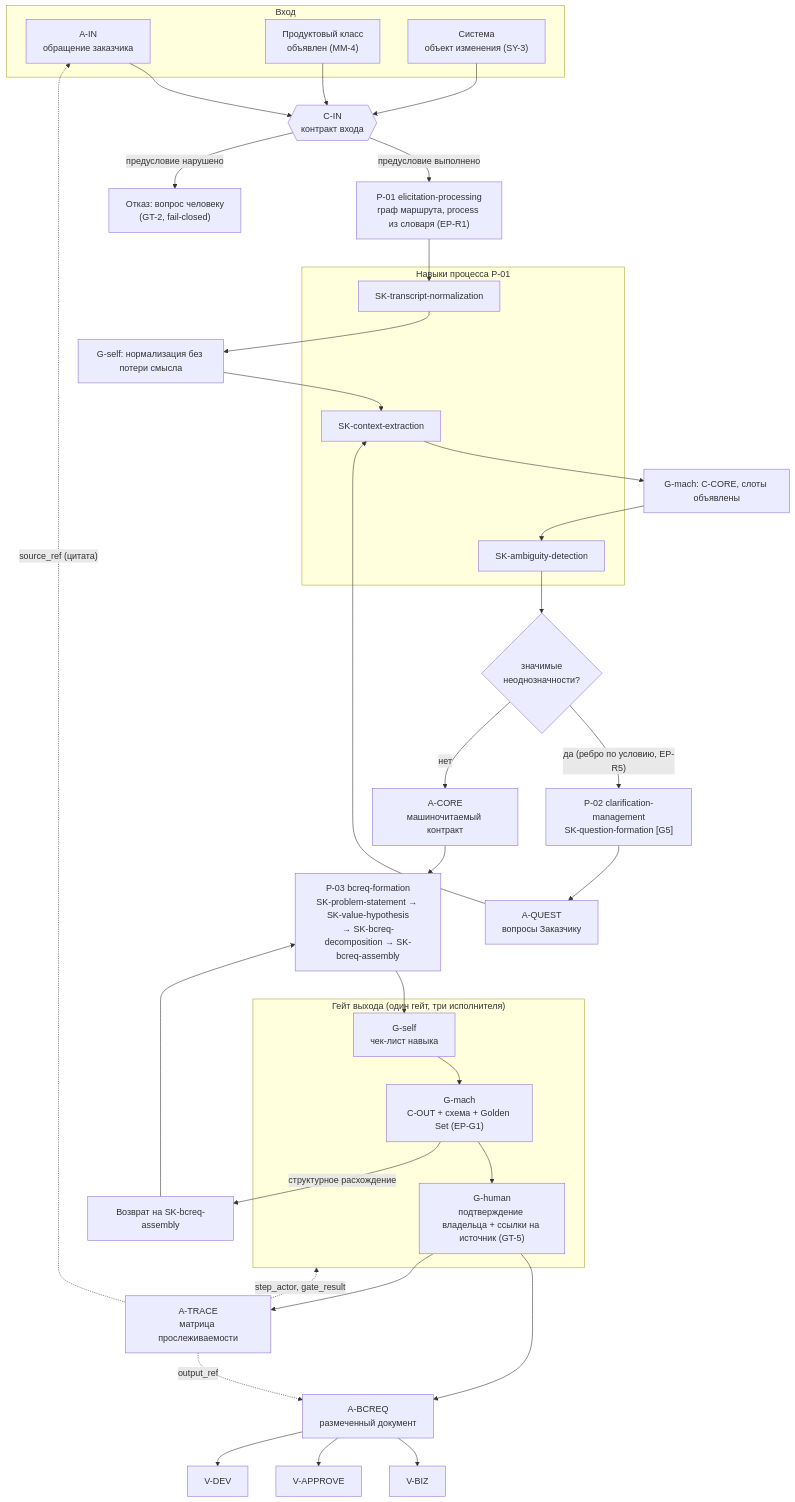
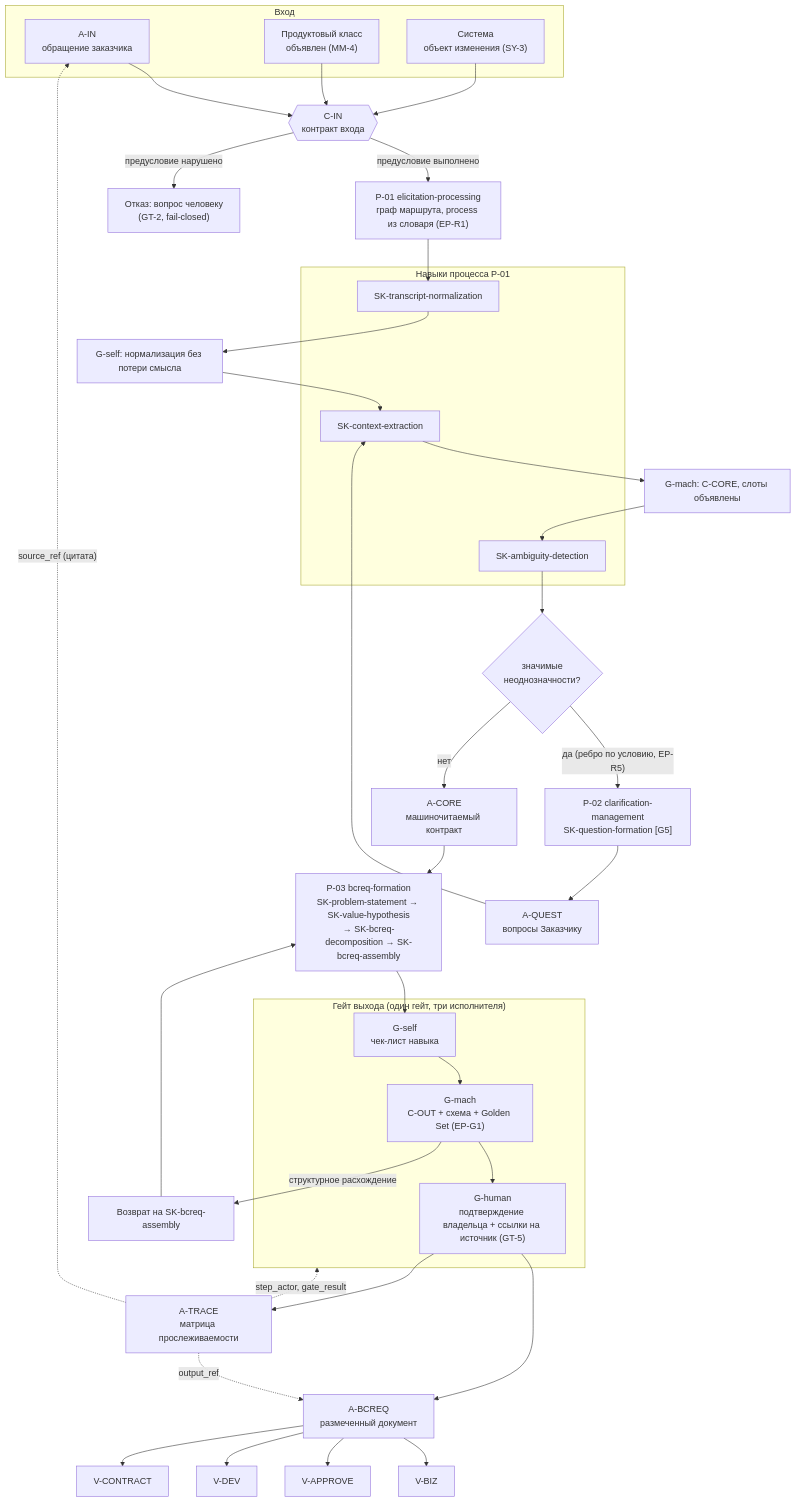
The diagram in projects/ba-gigacode-implementation/ba-meta-model/40-practice-and-cases.md (G-Ivan-A/hybrid-Intelligence-lab), drawn with Mermaid before and after one commit. The commit also changed other lines of this file and 4 other files, not shown here.

````diff
--- a/projects/ba-gigacode-implementation/ba-meta-model/40-practice-and-cases.md
+++ b/projects/ba-gigacode-implementation/ba-meta-model/40-practice-and-cases.md
@@ -33,58 +34,59 @@
 ```mermaid
 flowchart TD
     subgraph IN["Вход"]
         AIN["A-IN<br/>обращение заказчика"]
         PC["Продуктовый класс<br/>объявлен (MM-4)"]
         SYS["Система<br/>объект изменения (SY-3)"]
     end
 
     CIN{{"C-IN<br/>контракт входа"}}
     AIN --> CIN
     PC --> CIN
     SYS --> CIN
 
     CIN -->|"предусловие выполнено"| P["P-01 elicitation-processing<br/>граф маршрута, process из словаря (EP-R1)"]
     CIN -->|"предусловие нарушено"| STOP["Отказ: вопрос человеку<br/>(GT-2, fail-closed)"]
 
     subgraph SKA["Навыки процесса P-01"]
         S1["SK-transcript-normalization"]
         S2["SK-context-extraction"]
         S3["SK-ambiguity-detection"]
     end
 
     P --> S1 --> G1 --> S2 --> G2 --> S3 --> G3
 
     G1["G-self: нормализация без потери смысла"]
     G2["G-mach: C-CORE, слоты объявлены"]
     G3{"значимые<br/>неоднозначности?"}
 
     G3 -->|"да (ребро по условию, EP-R5)"| Q["P-02 clarification-management<br/>SK-question-formation [G5]"]
     Q --> AQ["A-QUEST<br/>вопросы Заказчику"]
     AQ --> S2
 
     G3 -->|"нет"| CORE["A-CORE<br/>машиночитаемый контракт"]
 
     CORE --> P3["P-03 bcreq-formation<br/>SK-problem-statement → SK-value-hypothesis<br/>→ SK-bcreq-decomposition → SK-bcreq-assembly"]
 
     subgraph GATE["Гейт выхода (один гейт, три исполнителя)"]
         GS["G-self<br/>чек-лист навыка"]
         GM["G-mach<br/>C-OUT + схема + Golden Set (EP-G1)"]
         GH["G-human<br/>подтверждение владельца + ссылки на источник (GT-5)"]
     end
 
     P3 --> GS --> GM --> GH
 
     GM -->|"структурное расхождение"| REJ["Возврат на SK-bcreq-assembly"]
     REJ --> P3
 
     GH --> OUT["A-BCREQ<br/>размеченный документ"]
     GH --> TR["A-TRACE<br/>матрица прослеживаемости"]
 
     OUT --> V1["V-BIZ"]
     OUT --> V2["V-APPROVE"]
     OUT --> V3["V-DEV"]
+    OUT --> V4["V-CONTRACT"]
 
     TR -.->|"source_ref (цитата)"| AIN
     TR -.->|"step_actor, gate_result"| GATE
     TR -.->|"output_ref"| OUT
 ```
````
